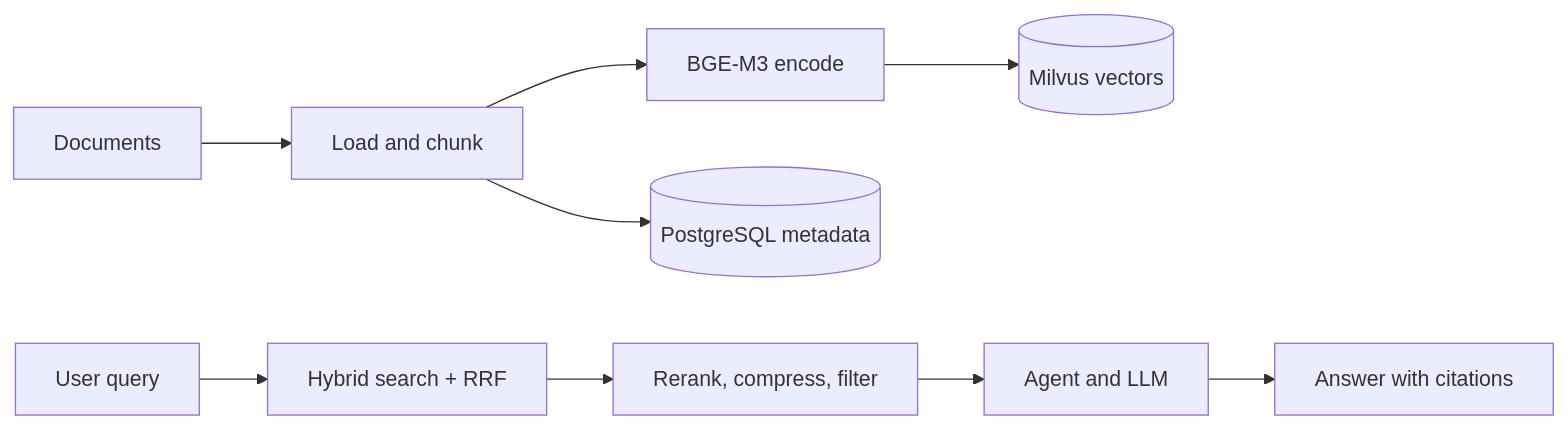
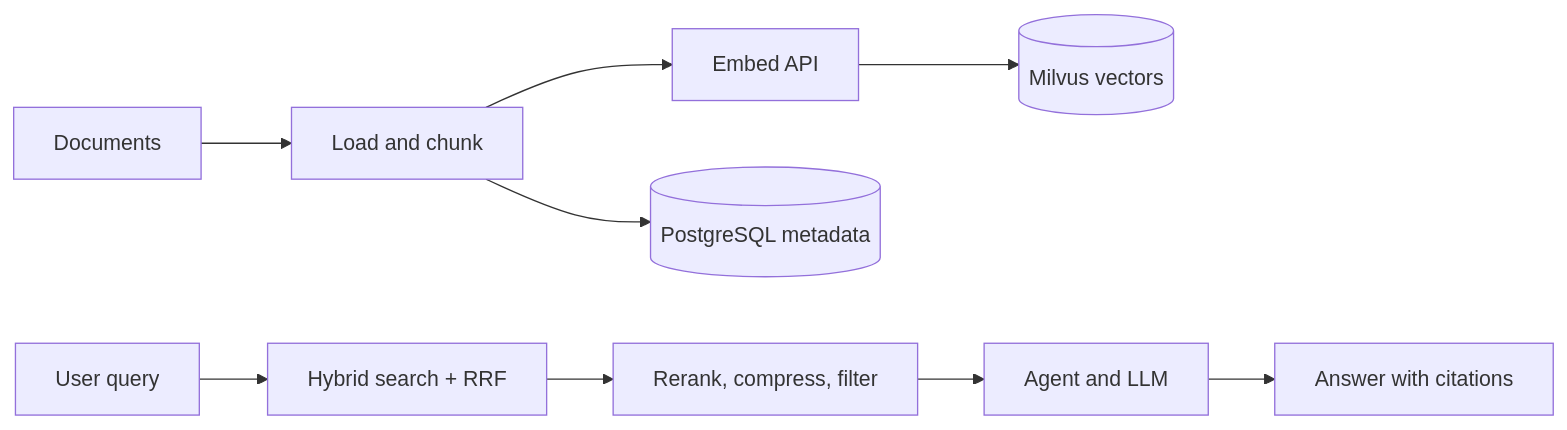
The diagram in README.md (lg114/RagMate), drawn with Mermaid before and after one commit. The commit also changed other lines of this file and 14 other files, not shown here.

````diff
--- a/README.md
+++ b/README.md
@@ -183,11 +192,11 @@
 ```mermaid
 flowchart LR
     D[Documents] --> P[Load and chunk]
-    P --> E[BGE-M3 encode]
+    P --> E[Embed API]
     E --> V[(Milvus vectors)]
     P --> M[(PostgreSQL metadata)]
     Q[User query] --> R[Hybrid search + RRF]
     R --> RR[Rerank, compress, filter]
     RR --> A[Agent and LLM]
     A --> O[Answer with citations]
 ```
````
